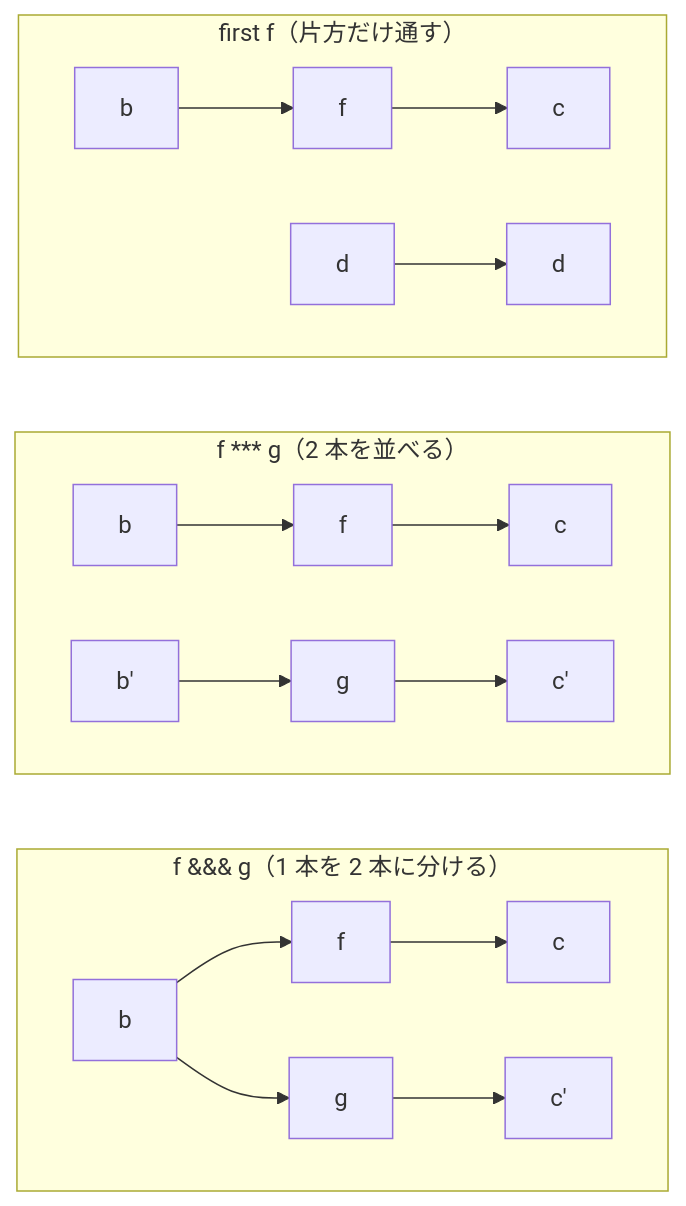
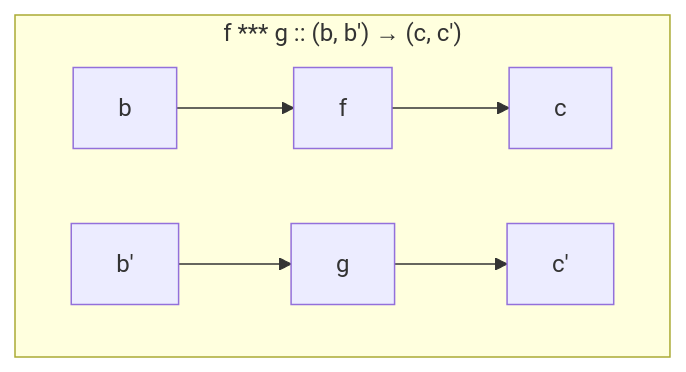
The third of 4 diagrams in series/haskell-intro/19-arrow.md (7shi/qiita), drawn with Mermaid before and after one commit. The commit also changed other lines of this file, not shown here.

````diff
--- a/series/haskell-intro/19-arrow.md
+++ b/series/haskell-intro/19-arrow.md
@@ -224,18 +281,8 @@
 ```mermaid
 flowchart LR
-    subgraph S1["f &&& g（1 本を 2 本に分ける）"]
+    subgraph S3["f *** g :: (b, b') → (c, c')"]
         direction LR
-        a1["b"] --> f1["f"] --> c1["c"]
-        a1 --> g1["g"] --> d1["c'"]
-    end
-    subgraph S2["f *** g（2 本を並べる）"]
-        direction LR
-        a2["b"] --> f2["f"] --> c2["c"]
-        b2["b'"] --> g2["g"] --> d2["c'"]
-    end
-    subgraph S3["first f（片方だけ通す）"]
-        direction LR
-        a3["b"] --> f3["f"] --> c3["c"]
-        b3["d"] --> d3["d"]
+        b1["b" ] --> f["f"] --> c1["c" ]
+        b2["b'"] --> g["g"] --> c2["c'"]
     end
 ```
````
